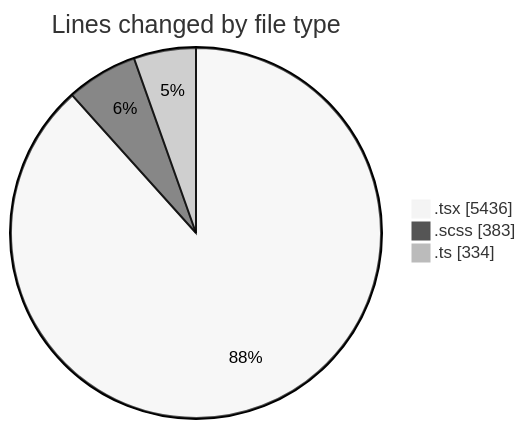
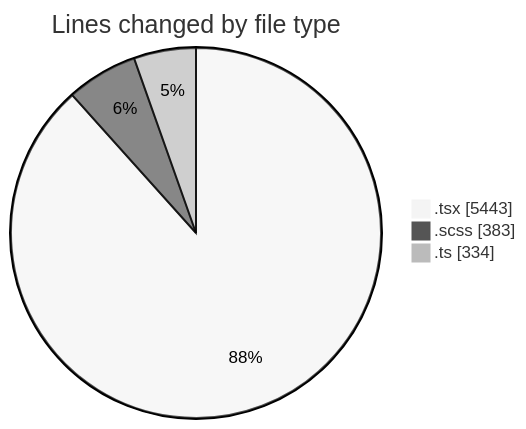
One commit to momahboobian/code-tracking changed the first of 2 diagrams in 2025-07-03/cda/README.md. Above: the diagram before and after it, drawn with Mermaid (neutral theme). The commit also changed other lines of this file and 1 other file, not shown here.

````diff
--- a/2025-07-03/cda/README.md
+++ b/2025-07-03/cda/README.md
@@ -39,7 +39,7 @@
 ```mermaid
 pie showData
 title Lines changed by file type
-".tsx" : 5436
+".tsx" : 5443
 ".scss" : 383
 ".ts" : 334
 ```
````
